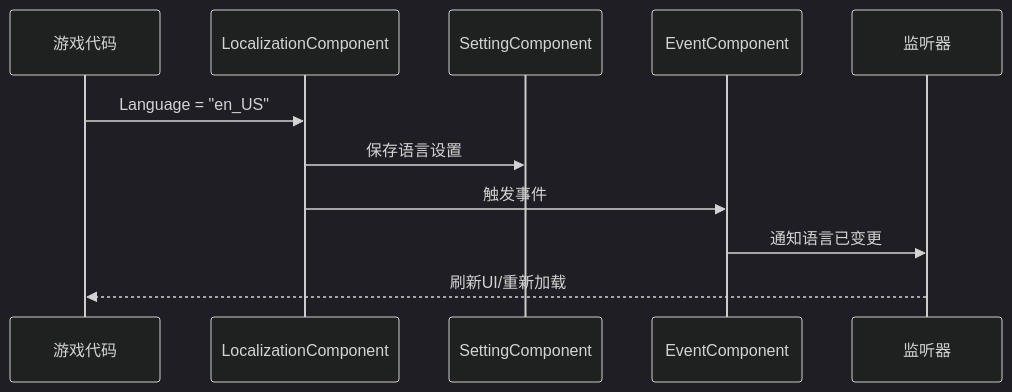
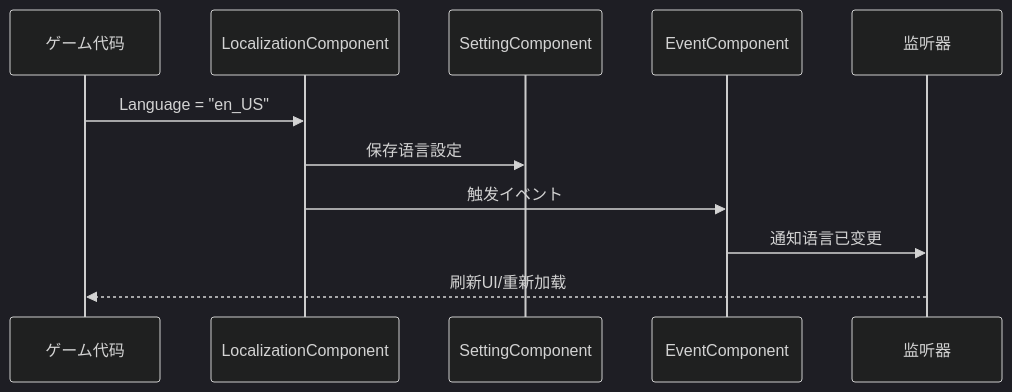
One commit to AlianBlank/GameFrameX.Docs changed the third of 3 diagrams in docs/ja/client/unity/component/localization/03.getting-started.md. Above: the diagram before and after it, drawn with Mermaid (dark theme). The commit also changed other lines of this file and 603 other files, not shown here.

````diff
--- a/docs/ja/client/unity/component/localization/03.getting-started.md
+++ b/docs/ja/client/unity/component/localization/03.getting-started.md
@@ -65,14 +65,14 @@
 ```mermaid
 sequenceDiagram
-    participant GameCode as 游戏代码
+    participant GameCode as ゲーム代码
     participant LocComp as LocalizationComponent
     participant Setting as SettingComponent
     participant EventSys as EventComponent
     participant Listeners as 监听器
     
     GameCode->>LocComp: Language = "en_US"
-    LocComp->>Setting: 保存语言设置
-    LocComp->>EventSys: 触发事件
+    LocComp->>Setting: 保存语言設定
+    LocComp->>EventSys: 触发イベント
     EventSys->>Listeners: 通知语言已变更
     Listeners-->>GameCode: 刷新UI/重新加载
 ```
````
